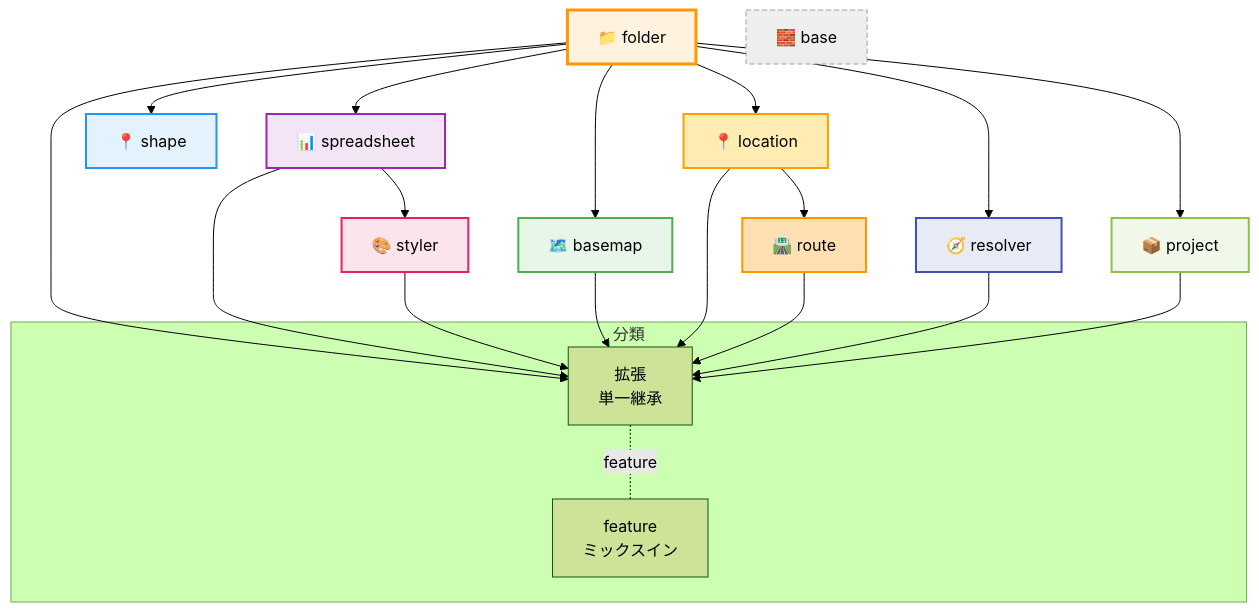
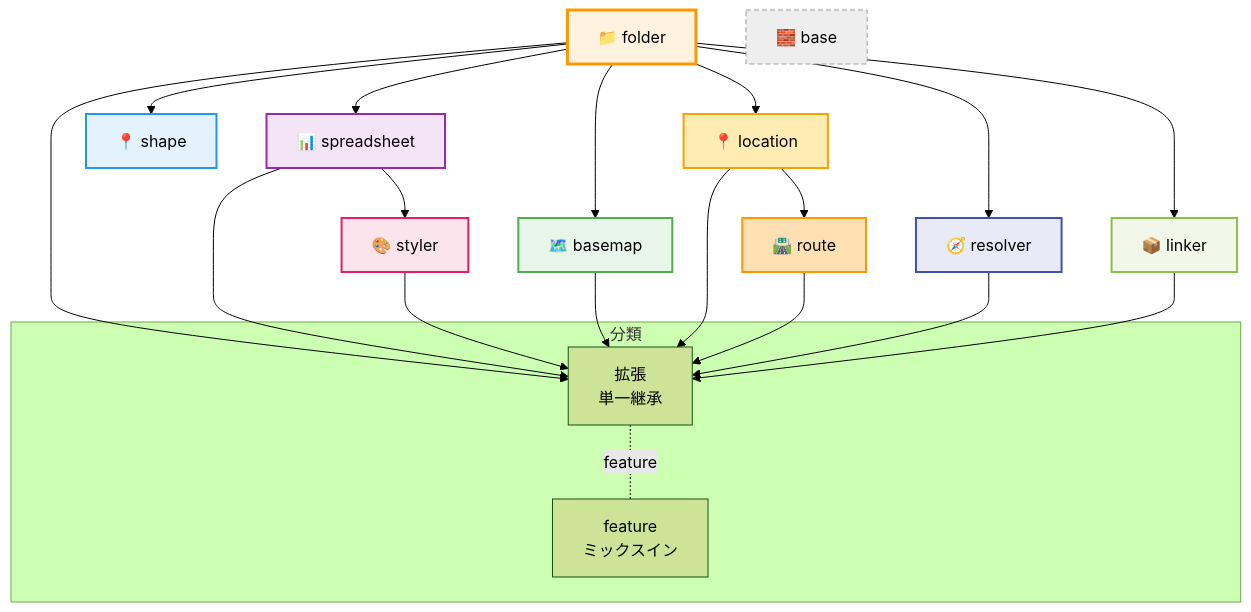
One commit to kubohiroya/hierarchidb changed the diagram in packages/node-type/README.md. Above: the diagram before and after it, drawn with Mermaid (forest theme). The commit also changed other lines of this file and 1235 other files, not shown here.

````diff
--- a/packages/node-type/README.md
+++ b/packages/node-type/README.md
@@ -71,65 +71,65 @@
 ```mermaid
 graph TB
     %% 分類
     subgraph "分類"
         EXTENDING[拡張<br/>単一継承]
         MIXIN[feature<br/>ミックスイン]
     end
 
     %% 基盤
     FOLDER[📁 folder]
     BASE[🧱 base]
 
     %% データ取り込み/変換
     SPREADSHEET[📊 spreadsheet]
     RESOLVER[🧭 resolver]
 
     %% 可視化/スタイリング
     STYLER[🎨 styler]
     BASEMAP[🗺️ basemap]
 
     %% 地理/分析
     SHAPE[📍 shape]
     LOCATION[📍 location]
     ROUTE[🛣️ route]
 
     %% メタ
-    PROJECT[📦 project]
+    LINKER[📦 linker]
 
     %% 単一継承の依存
     FOLDER --> SPREADSHEET
     SPREADSHEET --> STYLER
     FOLDER --> BASEMAP
     FOLDER --> LOCATION
     LOCATION --> ROUTE
     FOLDER --> RESOLVER
-    FOLDER --> PROJECT
+    FOLDER --> LINKER
 
     %% 継承（入力あり）
     FOLDER --> SHAPE
 
     %% 分類マッピング（概念）
     FOLDER --> EXTENDING
     SPREADSHEET --> EXTENDING
     STYLER --> EXTENDING
     BASEMAP --> EXTENDING
     LOCATION --> EXTENDING
     ROUTE --> EXTENDING
     RESOLVER --> EXTENDING
-    PROJECT --> EXTENDING
+    LINKER --> EXTENDING
 
     %% ミックスイン（feature付与の概念）
     EXTENDING -. feature .- MIXIN
 
     %% スタイル
     style BASE fill:#eeeeee,stroke:#9e9e9e,stroke-width:1px,stroke-dasharray: 5 3
     style FOLDER fill:#fff3e0,stroke:#ff9800,stroke-width:3px
     style SPREADSHEET fill:#f3e5f5,stroke:#9c27b0,stroke-width:2px
     style STYLER fill:#fce4ec,stroke:#e91e63,stroke-width:2px
     style BASEMAP fill:#e8f5e9,stroke:#4caf50,stroke-width:2px
     style SHAPE fill:#e3f2fd,stroke:#2196f3,stroke-width:2px
     style LOCATION fill:#ffecb3,stroke:#ffa000,stroke-width:2px
     style ROUTE fill:#ffe0b2,stroke:#ff9800,stroke-width:2px
     style RESOLVER fill:#e8eaf6,stroke:#3f51b5,stroke-width:2px
-    style PROJECT fill:#f1f8e9,stroke:#8bc34a,stroke-width:2px
+    style LINKER fill:#f1f8e9,stroke:#8bc34a,stroke-width:2px
 ```
````
